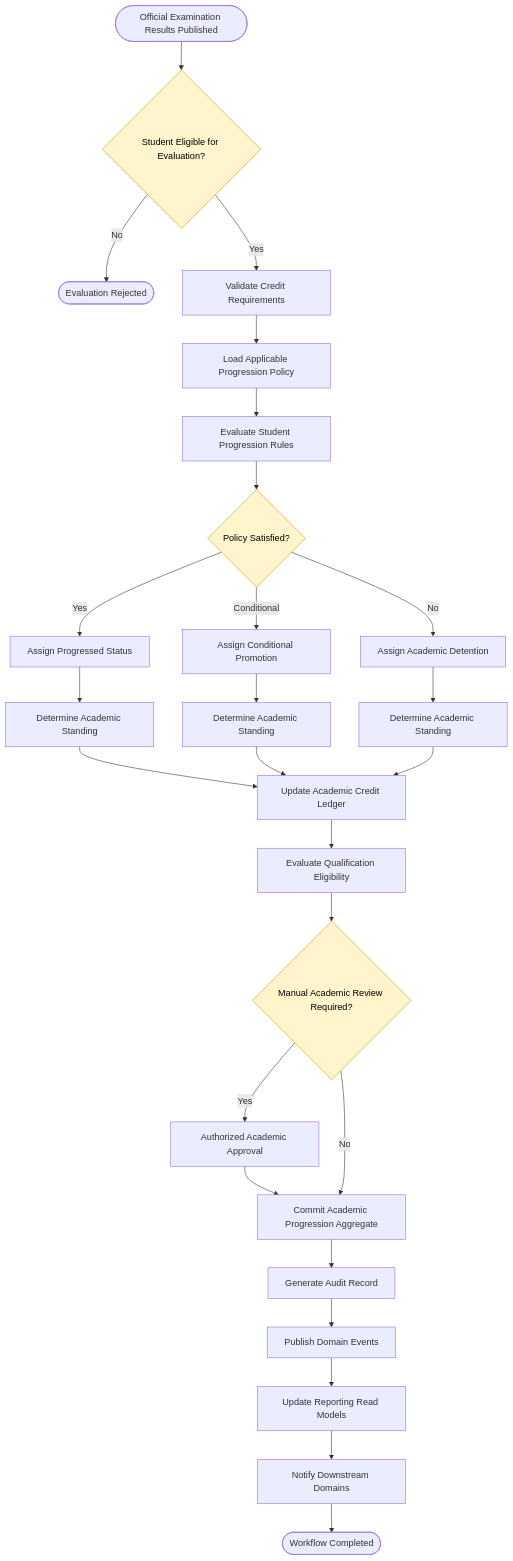
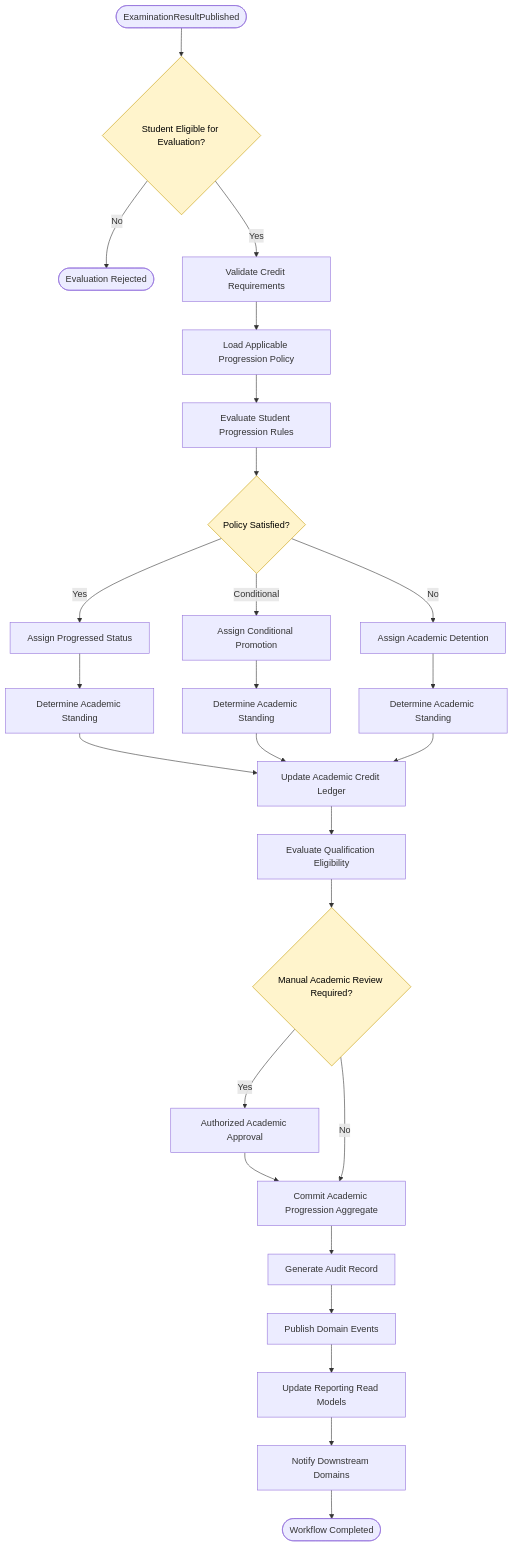
Before and after one commit to Varad1604/ERP_hark: the fourth of 13 diagrams in architecture/L2_Domain_Workflow_Architecture/section-c/L2-C04_Student_Academic_Progression_Workflows.md, drawn with Mermaid. The commit also changed other lines of this file and 6 other files, not shown here.

First line of the commit message:
INT-008: canonicalize the result publication event as ExaminationResultPublished

```diff
--- a/architecture/L2_Domain_Workflow_Architecture/section-c/L2-C04_Student_Academic_Progression_Workflows.md
+++ b/architecture/L2_Domain_Workflow_Architecture/section-c/L2-C04_Student_Academic_Progression_Workflows.md
@@ -5268,7 +5268,7 @@
 %% START
 %% =====================================================
 
-START([Official Examination Results Published])
+START([ExaminationResultPublished])
 
 START --> ELIGIBLE{Student Eligible for Evaluation?}
 
```
